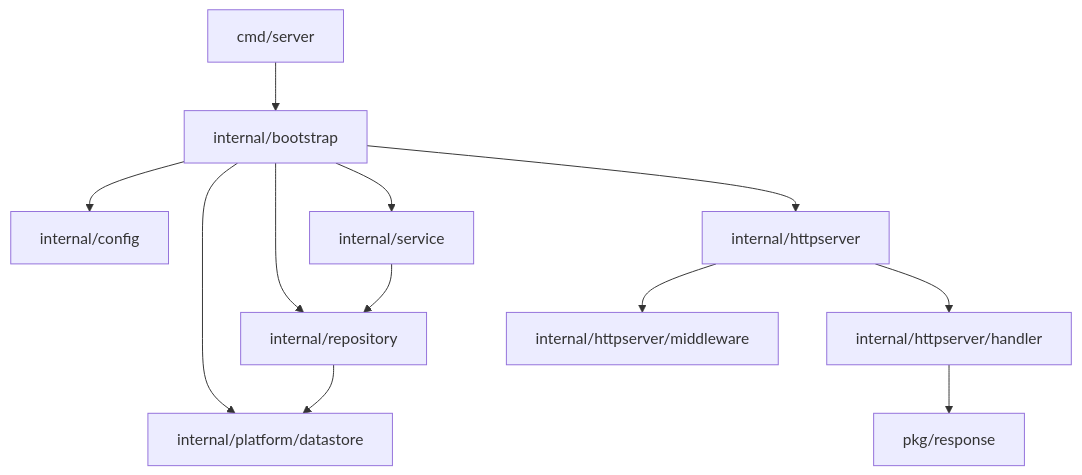
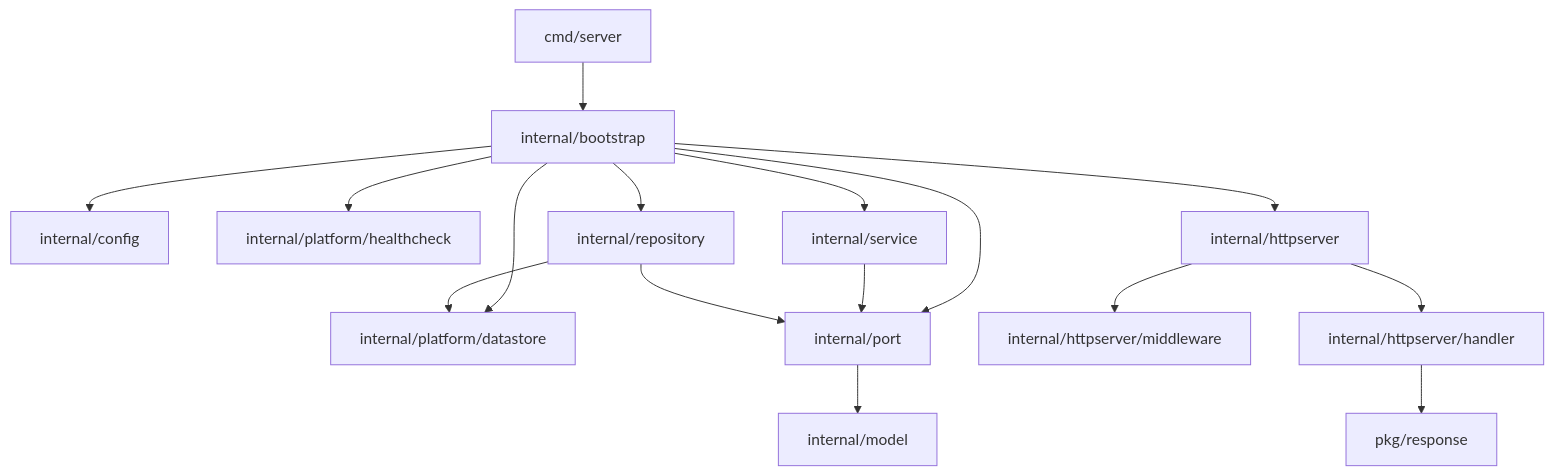
The first of 3 diagrams in demo/generateGo/README.md (dfce/golang), drawn with Mermaid before and after one commit. The commit also changed other lines of this file and 27 other files, not shown here.

````diff
--- a/demo/generateGo/README.md
+++ b/demo/generateGo/README.md
@@ -56,14 +63,18 @@
 ```mermaid
 flowchart TD
   CMD[cmd/server] --> BOOT[internal/bootstrap]
   BOOT --> CFG[internal/config]
   BOOT --> DS[internal/platform/datastore]
+  BOOT --> HC[internal/platform/healthcheck]
+  BOOT --> PORT[internal/port]
   BOOT --> REPO[internal/repository]
   BOOT --> SVC[internal/service]
   BOOT --> HTTP[internal/httpserver]
   HTTP --> MW[internal/httpserver/middleware]
   HTTP --> HDL[internal/httpserver/handler]
   HDL --> RESP[pkg/response]
-  SVC --> REPO
+  SVC --> PORT
+  REPO --> PORT
   REPO --> DS
+  PORT --> MODEL[internal/model]
 ```
````
